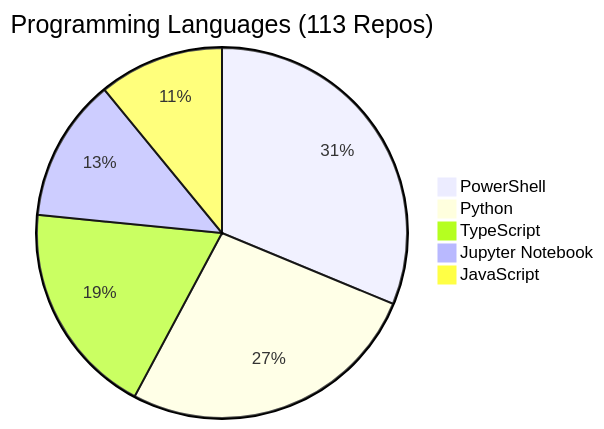
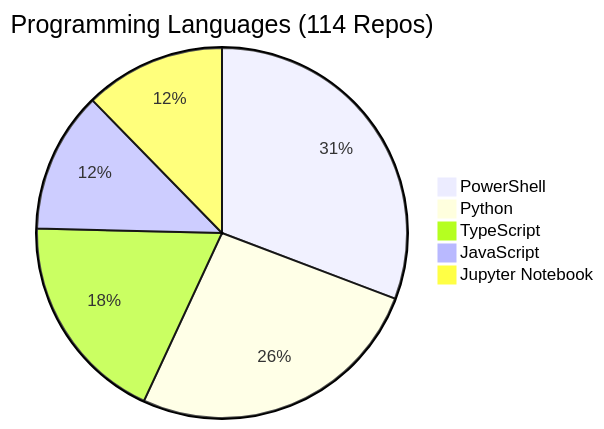
The diagram in REPOS.md (fabioc-aloha/fabioc-aloha), drawn with Mermaid before and after one commit. The commit also changed other lines of this file and 1 other file, not shown here.

````diff
--- a/REPOS.md
+++ b/REPOS.md
@@ -156,8 +157,8 @@
 ```mermaid
-pie title Programming Languages (113 Repos)
+pie title Programming Languages (114 Repos)
     "PowerShell" : 20
     "Python" : 17
     "TypeScript" : 12
+    "JavaScript" : 8
     "Jupyter Notebook" : 8
-    "JavaScript" : 7
 ```
````
